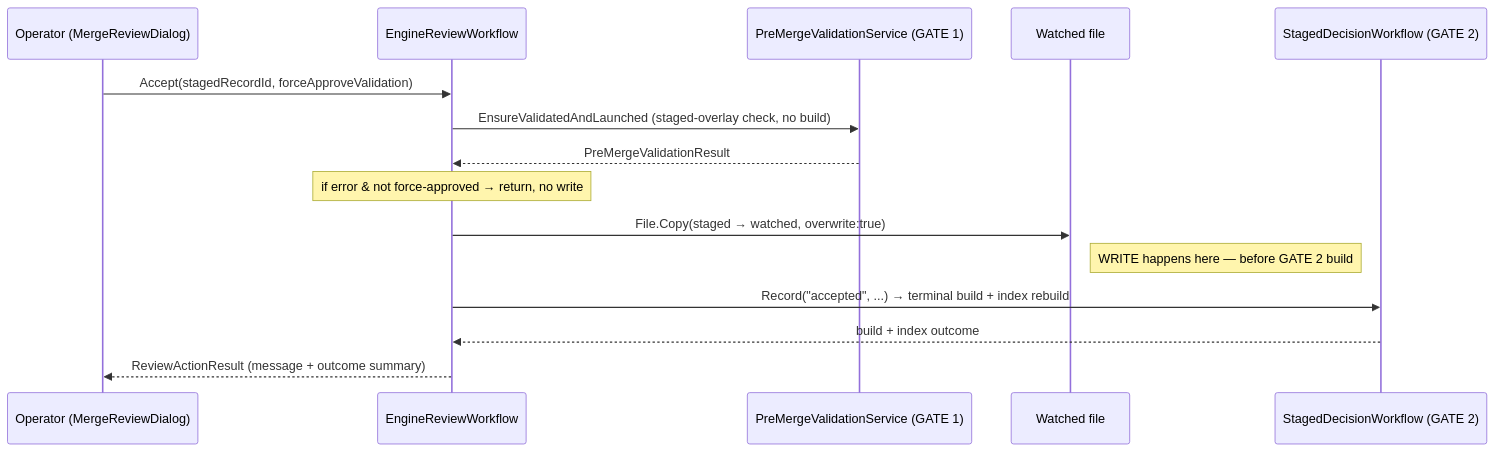
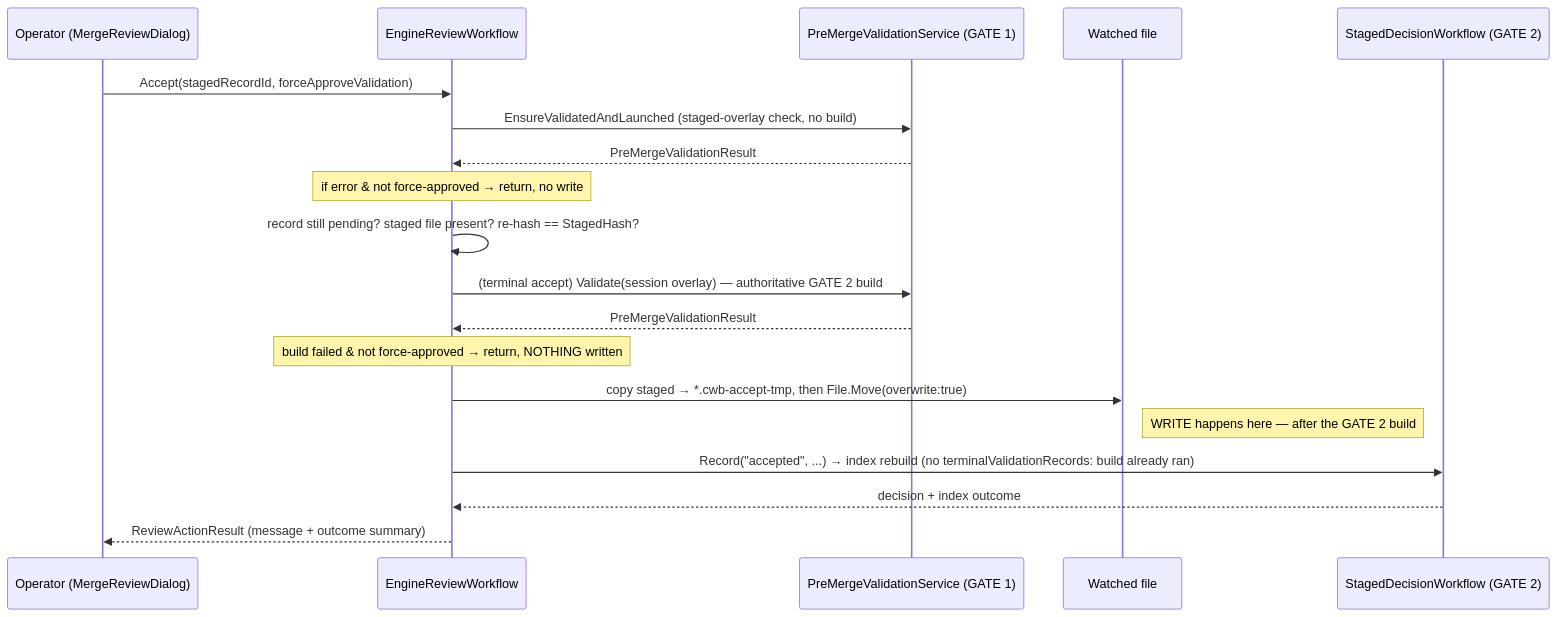
One commit to rdavi10471a2/ClaudeWorkbench changed the second of 3 diagrams in docs/components/ClaudeWorkbench.Host.md. Above: the diagram before and after it, drawn with Mermaid. The commit also changed other lines of this file and 21 other files, not shown here.

````diff
--- a/docs/components/ClaudeWorkbench.Host.md
+++ b/docs/components/ClaudeWorkbench.Host.md
@@ -117,17 +117,21 @@
 ```mermaid
 sequenceDiagram
     participant Op as Operator (MergeReviewDialog)
     participant ERW as EngineReviewWorkflow
     participant Val as PreMergeValidationService (GATE 1)
     participant FS as Watched file
     participant SDW as StagedDecisionWorkflow (GATE 2)
     Op->>ERW: Accept(stagedRecordId, forceApproveValidation)
     ERW->>Val: EnsureValidatedAndLaunched (staged-overlay check, no build)
     Val-->>ERW: PreMergeValidationResult
     Note over ERW: if error & not force-approved → return, no write
-    ERW->>FS: File.Copy(staged → watched, overwrite:true)
-    Note right of FS: WRITE happens here — before GATE 2 build
-    ERW->>SDW: Record("accepted", ...) → terminal build + index rebuild
-    SDW-->>ERW: build + index outcome
+    ERW->>ERW: record still pending? staged file present? re-hash == StagedHash?
+    ERW->>Val: (terminal accept) Validate(session overlay) — authoritative GATE 2 build
+    Val-->>ERW: PreMergeValidationResult
+    Note over ERW: build failed & not force-approved → return, NOTHING written
+    ERW->>FS: copy staged → *.cwb-accept-tmp, then File.Move(overwrite:true)
+    Note right of FS: WRITE happens here — after the GATE 2 build
+    ERW->>SDW: Record("accepted", ...) → index rebuild (no terminalValidationRecords: build already ran)
+    SDW-->>ERW: decision + index outcome
     ERW-->>Op: ReviewActionResult (message + outcome summary)
 ```
````
